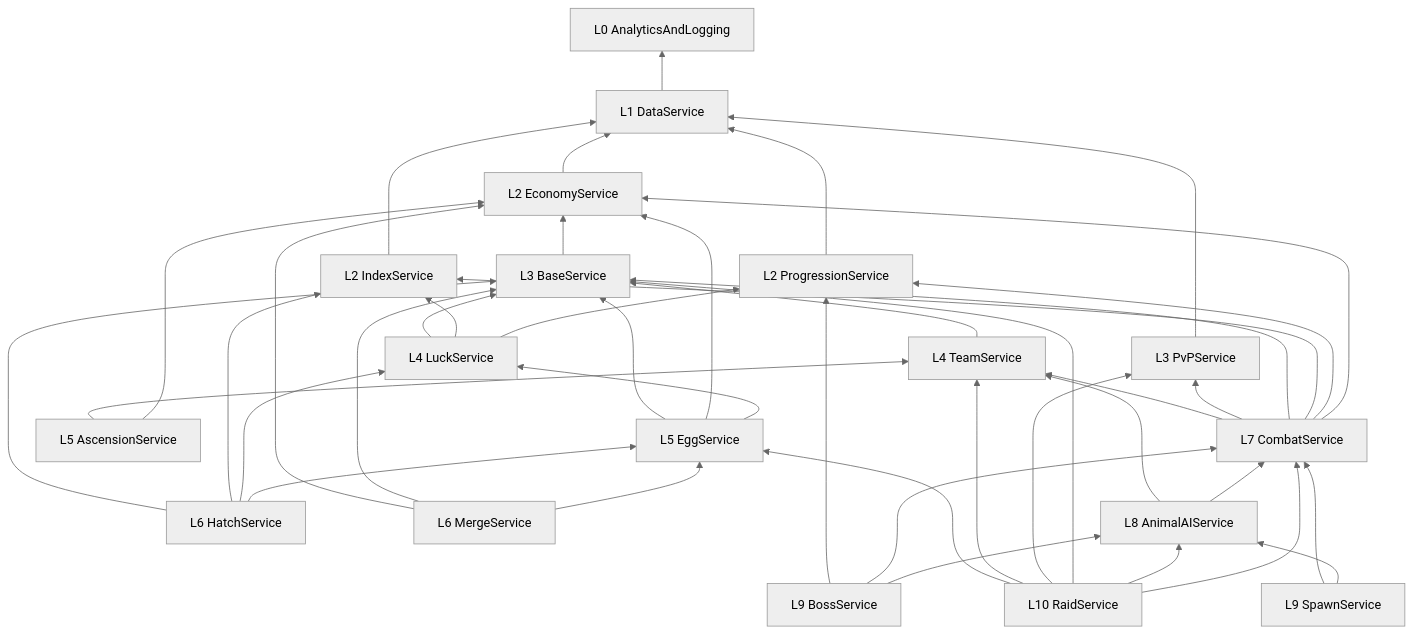
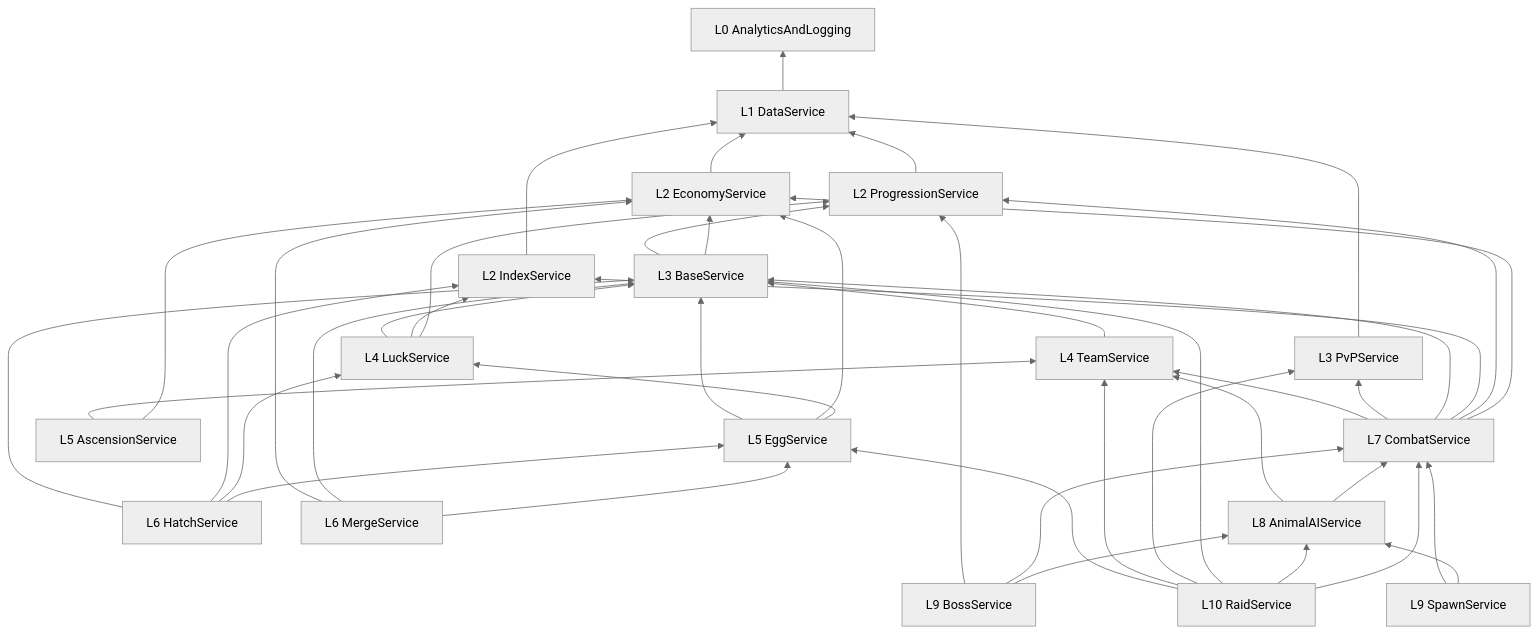
One commit to shrp1434/ZeroCheat changed the third of 5 diagrams in Fight Animals for Eggs - Game Design Bible/15 - TECHNICAL ARCHITECTURE/Architecture Overview.md. Above: the diagram before and after it, drawn with Mermaid (neutral theme). The commit also changed 7 other files, not shown here.

First line of the commit message:
Add roadmap, live operations and references sections; vault progress

````diff
--- a/Fight Animals for Eggs - Game Design Bible/15 - TECHNICAL ARCHITECTURE/Architecture Overview.md
+++ b/Fight Animals for Eggs - Game Design Bible/15 - TECHNICAL ARCHITECTURE/Architecture Overview.md
@@ -181,45 +181,46 @@
 ```mermaid
 flowchart BT
     LOG["L0 AnalyticsAndLogging"]
     DATA["L1 DataService"] --> LOG
     ECO["L2 EconomyService"] --> DATA
     PROG["L2 ProgressionService"] --> DATA
     IDX["L2 IndexService"] --> DATA
     BASE["L3 BaseService"] --> ECO
+    BASE --> PROG
     PVP["L3 PvPService"] --> DATA
     LUCK["L4 LuckService"] --> PROG
     LUCK --> IDX
     LUCK --> BASE
     TEAM["L4 TeamService"] --> BASE
     EGG["L5 EggService"] --> LUCK
     EGG --> ECO
     EGG --> BASE
     ASC["L5 AscensionService"] --> ECO
     ASC --> TEAM
     HATCH["L6 HatchService"] --> EGG
     HATCH --> LUCK
     HATCH --> IDX
     HATCH --> BASE
     MERGE["L6 MergeService"] --> EGG
     MERGE --> BASE
     MERGE --> ECO
     COMBAT["L7 CombatService"] --> ECO
     COMBAT --> PROG
     COMBAT --> IDX
     COMBAT --> BASE
     COMBAT --> PVP
     COMBAT --> TEAM
     AI["L8 AnimalAIService"] --> COMBAT
     AI --> TEAM
     SPAWN["L9 SpawnService"] --> AI
     SPAWN --> COMBAT
     BOSS["L9 BossService"] --> AI
     BOSS --> COMBAT
     BOSS --> PROG
     RAID["L10 RaidService"] --> COMBAT
     RAID --> AI
     RAID --> BASE
     RAID --> PVP
     RAID --> TEAM
     RAID --> EGG
 ```
````
